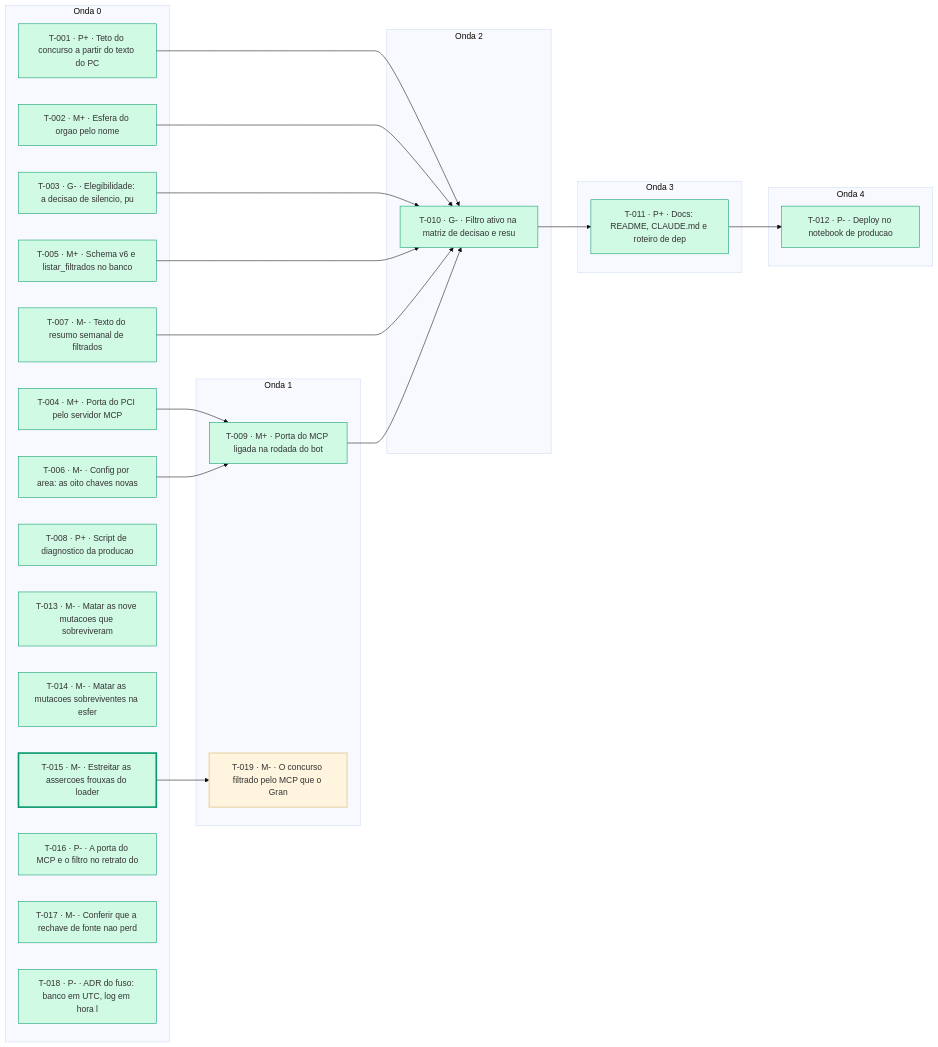
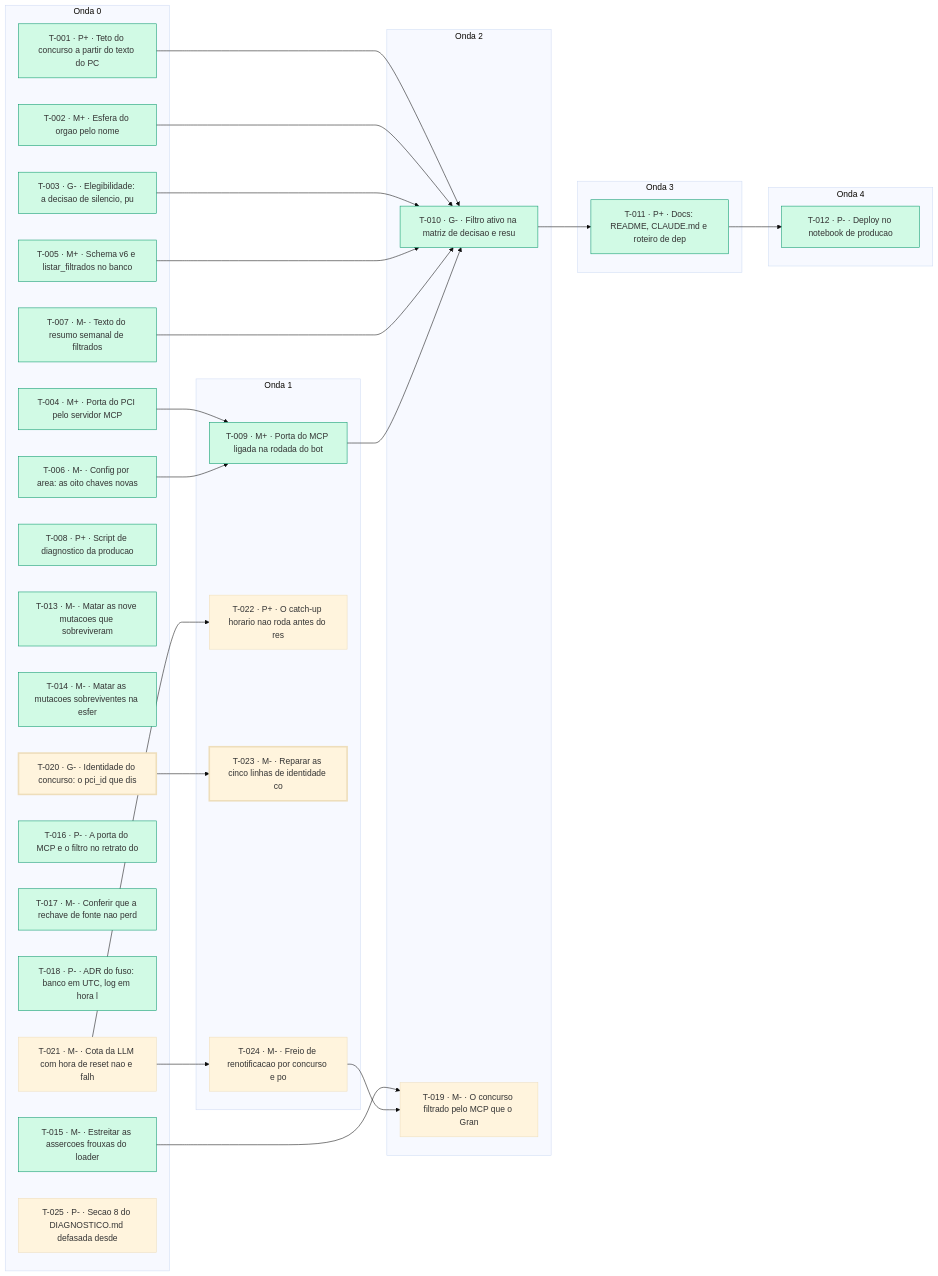
Before and after one commit to lucasmsorrentino/monitor_concursos_ti: the diagram in kanban/MAPA.md, drawn with Mermaid (base theme). The commit also changed other lines of this file and 10 other files, not shown here.

````diff
--- a/kanban/MAPA.md
+++ b/kanban/MAPA.md
@@ -74,47 +84,57 @@
 ```mermaid
 graph LR
   subgraph O0["Onda 0"]
     T001["T-001 · P+ · Teto do concurso a partir do texto do PC"]
     T002["T-002 · M+ · Esfera do orgao pelo nome"]
     T003["T-003 · G- · Elegibilidade: a decisao de silencio, pu"]
     T004["T-004 · M+ · Porta do PCI pelo servidor MCP"]
     T005["T-005 · M+ · Schema v6 e listar_filtrados no banco"]
     T006["T-006 · M- · Config por area: as oito chaves novas"]
     T007["T-007 · M- · Texto do resumo semanal de filtrados"]
     T008["T-008 · P+ · Script de diagnostico da producao"]
     T013["T-013 · M- · Matar as nove mutacoes que sobreviveram "]
     T014["T-014 · M- · Matar as mutacoes sobreviventes na esfer"]
     T015["T-015 · M- · Estreitar as assercoes frouxas do loader"]
     T016["T-016 · P- · A porta do MCP e o filtro no retrato do "]
     T017["T-017 · M- · Conferir que a rechave de fonte nao perd"]
     T018["T-018 · P- · ADR do fuso: banco em UTC, log em hora l"]
+    T020["T-020 · G- · Identidade do concurso: o pci_id que dis"]
+    T021["T-021 · M- · Cota da LLM com hora de reset nao e falh"]
+    T025["T-025 · P- · Secao 8 do DIAGNOSTICO.md defasada desde"]
   end
   subgraph O1["Onda 1"]
     T009["T-009 · M+ · Porta do MCP ligada na rodada do bot"]
-    T019["T-019 · M- · O concurso filtrado pelo MCP que o Gran "]
+    T022["T-022 · P+ · O catch-up horario nao roda antes do res"]
+    T023["T-023 · M- · Reparar as cinco linhas de identidade co"]
+    T024["T-024 · M- · Freio de renotificacao por concurso e po"]
   end
   subgraph O2["Onda 2"]
     T010["T-010 · G- · Filtro ativo na matriz de decisao e resu"]
+    T019["T-019 · M- · O concurso filtrado pelo MCP que o Gran "]
   end
   subgraph O3["Onda 3"]
     T011["T-011 · P+ · Docs: README, CLAUDE.md e roteiro de dep"]
   end
   subgraph O4["Onda 4"]
     T012["T-012 · P- · Deploy no notebook de producao"]
   end
   T004 --> T009
   T006 --> T009
   T001 --> T010
   T002 --> T010
   T003 --> T010
   T005 --> T010
   T007 --> T010
   T009 --> T010
   T010 --> T011
   T011 --> T012
   T015 --> T019
+  T024 --> T019
+  T021 --> T022
+  T020 --> T023
+  T021 --> T024
   classDef integrado fill:#d1fae5,stroke:#059669
   class T001,T002,T003,T004,T005,T006,T007,T008,T009,T010,T011,T012,T013,T014,T015,T016,T017,T018 integrado
   classDef critico stroke-width:3px
-  class T015,T019 critico
+  class T020,T023 critico
 ```
````
